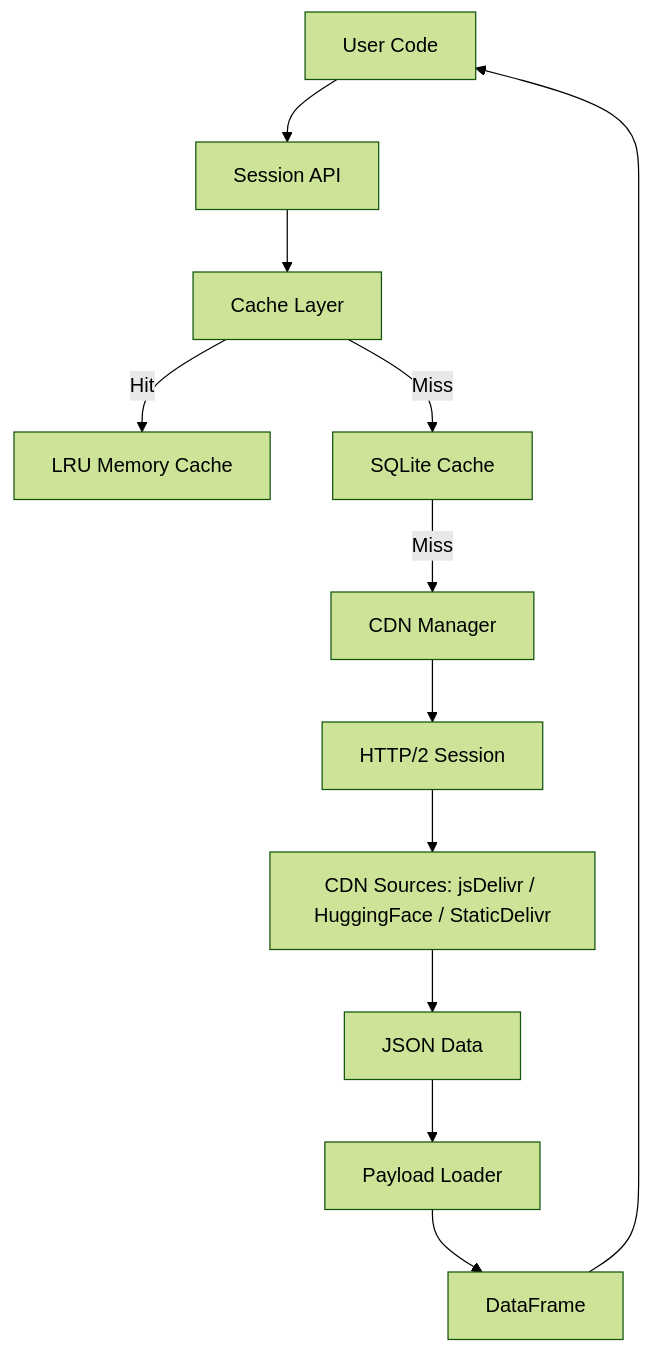
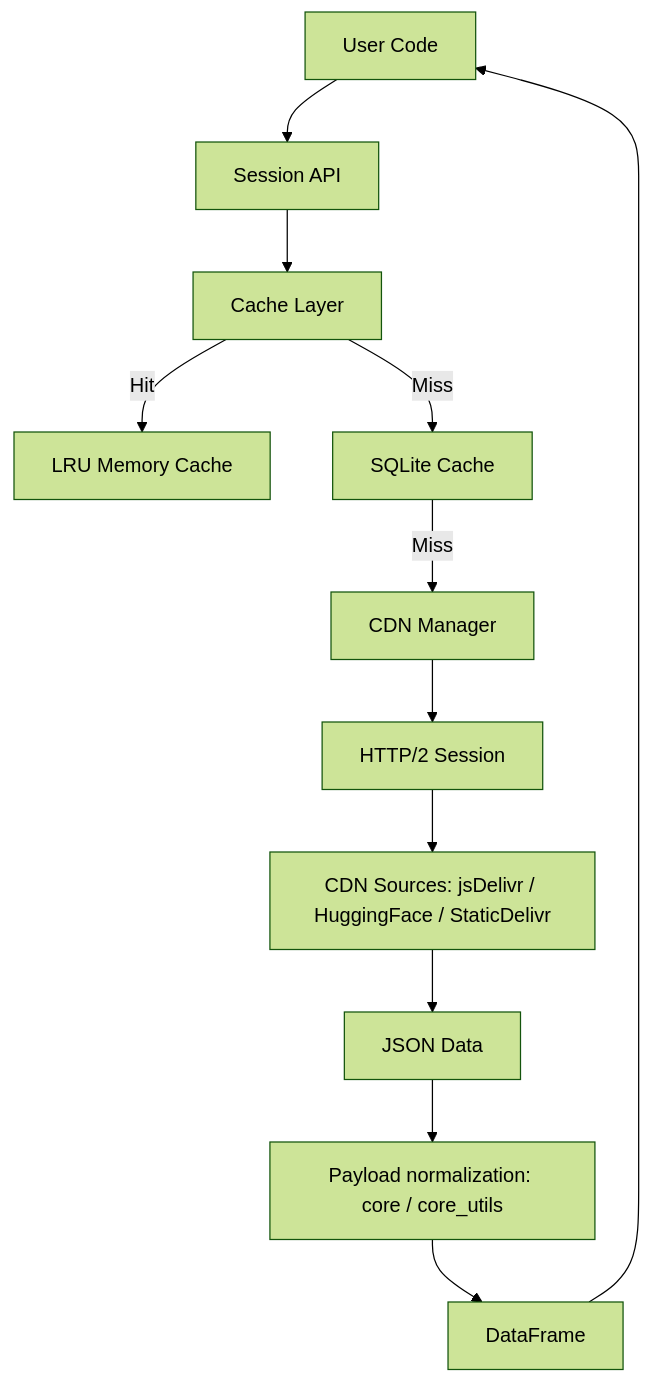
One commit to TracingInsights/tif1 changed the first of 2 diagrams in docs/architecture.mdx. Above: the diagram before and after it, drawn with Mermaid (forest theme). The commit also changed other lines of this file and 145 other files, not shown here.

````diff
--- a/docs/architecture.mdx
+++ b/docs/architecture.mdx
@@ -18,14 +18,14 @@
 ```mermaid
 graph TB
     User[User Code] --> Session[Session API]
     Session --> Cache[Cache Layer]
     Cache --> |Hit| Memory[LRU Memory Cache]
     Cache --> |Miss| SQLite[SQLite Cache]
     SQLite --> |Miss| CDN[CDN Manager]
     CDN --> HTTP[HTTP/2 Session]
     HTTP --> SRC[CDN Sources: jsDelivr / HuggingFace / StaticDelivr]
     SRC --> Data[JSON Data]
-    Data --> Pipeline[Payload Loader]
+    Data --> Pipeline[Payload normalization: core / core_utils]
     Pipeline --> DF[DataFrame]
     DF --> User
 ```
````
